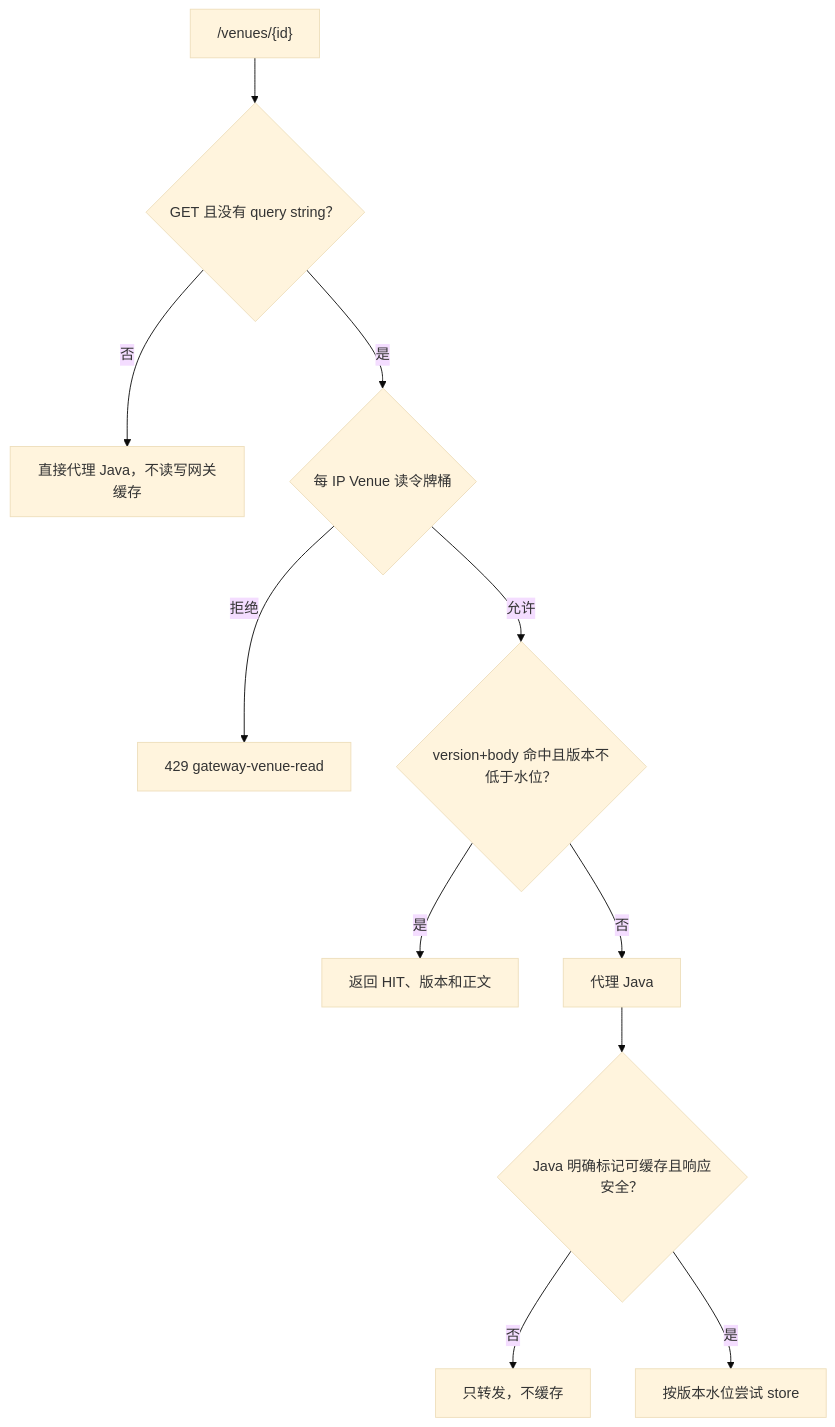
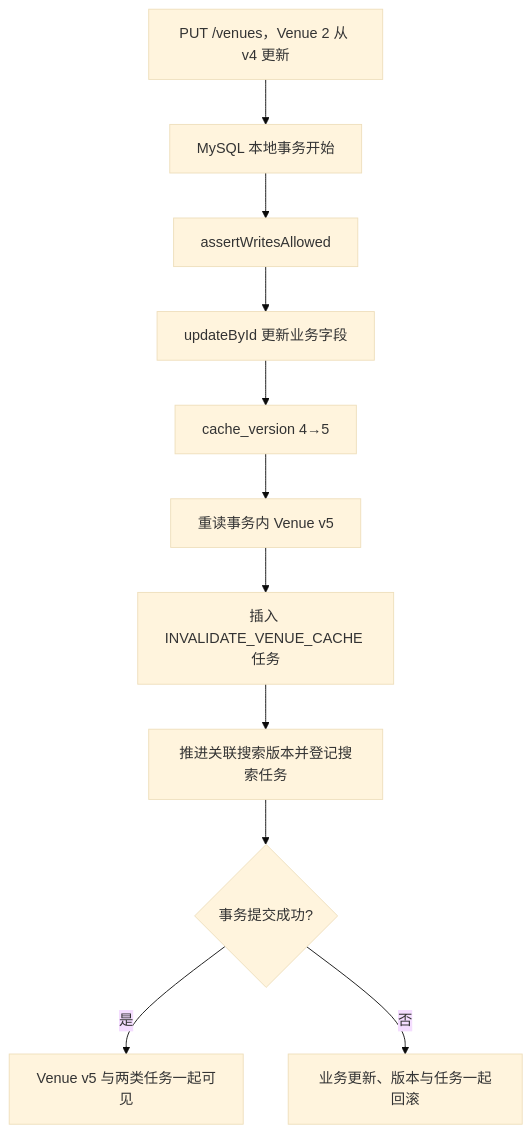
One commit to SyH-101/citypass-platform changed the ninth of 15 diagrams in 02-多级缓存一致性.md. Above: the diagram before and after it, drawn with Mermaid (base theme). The commit also changed other lines of this file, not shown here.

Commit message:
docs: restructure multi-level cache learning guide

````diff
--- a/02-多级缓存一致性.md
+++ b/02-多级缓存一致性.md
@@ -988,13 +629,13 @@
 ```mermaid
 flowchart TD
-    A["/venues/{id}"] --> B{"GET 且没有 query string？"}
-    B -->|否| C["直接代理 Java，不读写网关缓存"]
-    B -->|是| D{"每 IP Venue 读令牌桶"}
-    D -->|拒绝| E["429 gateway-venue-read"]
-    D -->|允许| F{"version+body 命中且版本不低于水位？"}
-    F -->|是| G["返回 HIT、版本和正文"]
-    F -->|否| H["代理 Java"]
-    H --> I{"Java 明确标记可缓存且响应安全？"}
-    I -->|否| J["只转发，不缓存"]
-    I -->|是| K["按版本水位尝试 store"]
+    A["PUT /venues，Venue 2 从 v4 更新"] --> T["MySQL 本地事务开始"]
+    T --> B["assertWritesAllowed"]
+    B --> C["updateById 更新业务字段"]
+    C --> D["cache_version 4→5"]
+    D --> E["重读事务内 Venue v5"]
+    E --> F["插入 INVALIDATE_VENUE_CACHE 任务"]
+    F --> G["推进关联搜索版本并登记搜索任务"]
+    G --> H{"事务提交成功?"}
+    H -- "是" --> I["Venue v5 与两类任务一起可见"]
+    H -- "否" --> J["业务更新、版本与任务一起回滚"]
 ```
````
